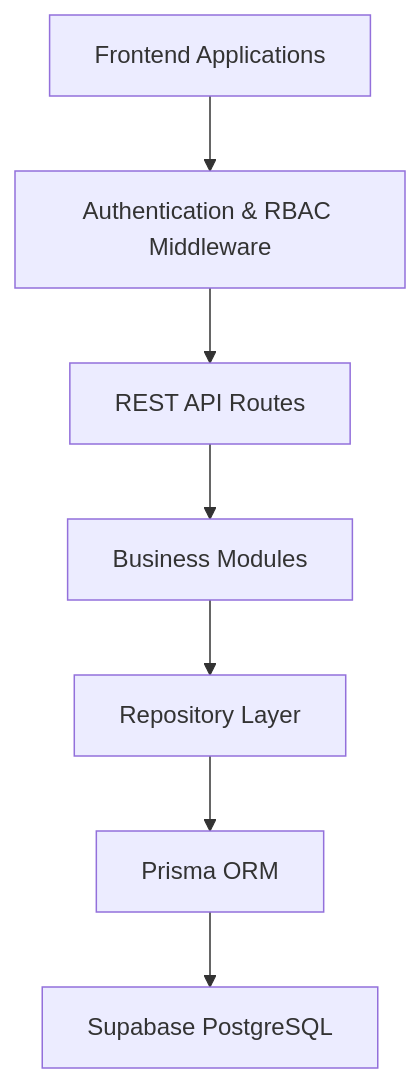
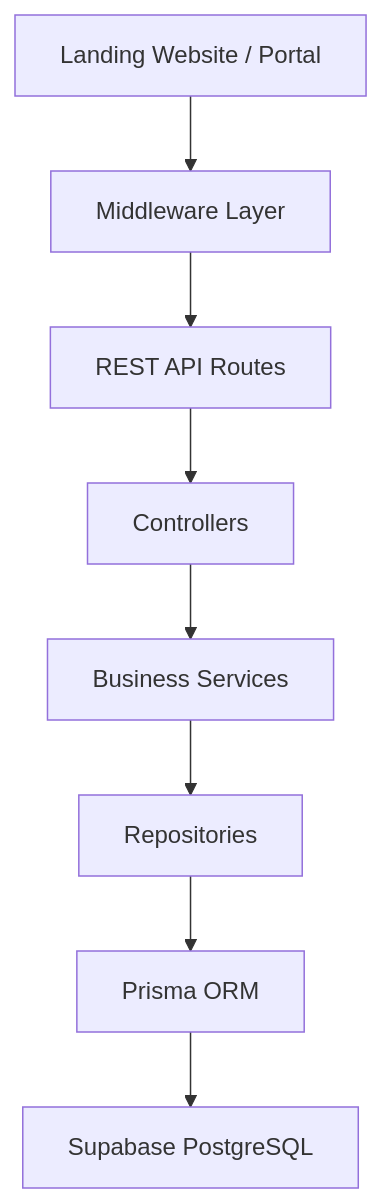
The first of 2 diagrams in backend-architecture.md (elena218-boop/Landing-Page3), drawn with Mermaid before and after one commit. The commit also changed other lines of this file, not shown here.

````diff
--- a/backend-architecture.md
+++ b/backend-architecture.md
@@ -29,29 +30,27 @@
 ```mermaid
 flowchart TD
 
-Client["Frontend Applications"]
+Client["Landing Website / Portal"]
 
-Middleware["Authentication & RBAC Middleware"]
+Middleware["Middleware Layer"]
 
 Router["REST API Routes"]
 
-Modules["Business Modules"]
+Controller["Controllers"]
 
-Repositories["Repository Layer"]
+Service["Business Services"]
+
+Repository["Repositories"]
 
 Prisma["Prisma ORM"]
 
 Supabase["Supabase PostgreSQL"]
 
 Client --> Middleware
-
 Middleware --> Router
-
-Router --> Modules
-
-Modules --> Repositories
-
-Repositories --> Prisma
-
+Router --> Controller
+Controller --> Service
+Service --> Repository
+Repository --> Prisma
 Prisma --> Supabase
 ```
````
